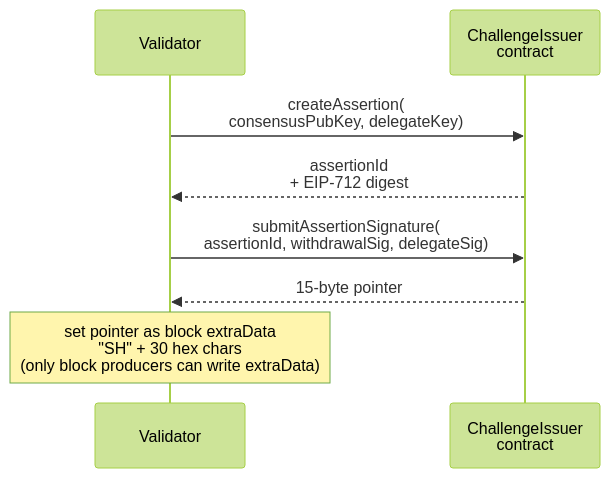
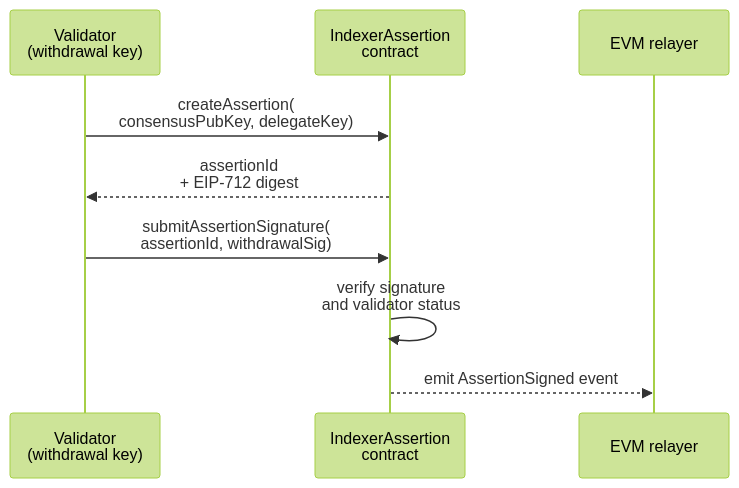
Before and after one commit to shinzonetwork/docs: the diagram in content/reference/components/outpost/index.mdx, drawn with Mermaid (forest theme). The commit also changed other lines of this file, not shown here.

Commit message:
Reworks outpost EVM section for assertion v2.

````diff
--- a/content/reference/components/outpost/index.mdx
+++ b/content/reference/components/outpost/index.mdx
@@ -37,11 +37,12 @@
 ```mermaid
 sequenceDiagram
-  participant V as Validator
-  participant C as ChallengeIssuer<br/>contract
+  participant V as Validator<br/>(withdrawal key)
+  participant C as IndexerAssertion<br/>contract
+  participant R as EVM relayer
 
   V->>C: createAssertion(<br/>consensusPubKey, delegateKey)
   C-->>V: assertionId<br/>+ EIP-712 digest
-  V->>C: submitAssertionSignature(<br/>assertionId, withdrawalSig, delegateSig)
-  C-->>V: 15-byte pointer
-  Note over V: set pointer as block extraData<br/>"SH" + 30 hex chars<br/>(only block producers can write extraData)
+  V->>C: submitAssertionSignature(<br/>assertionId, withdrawalSig)
+  C->>C: verify signature<br/>and validator status
+  C-->>R: emit AssertionSigned event
 ```
````
